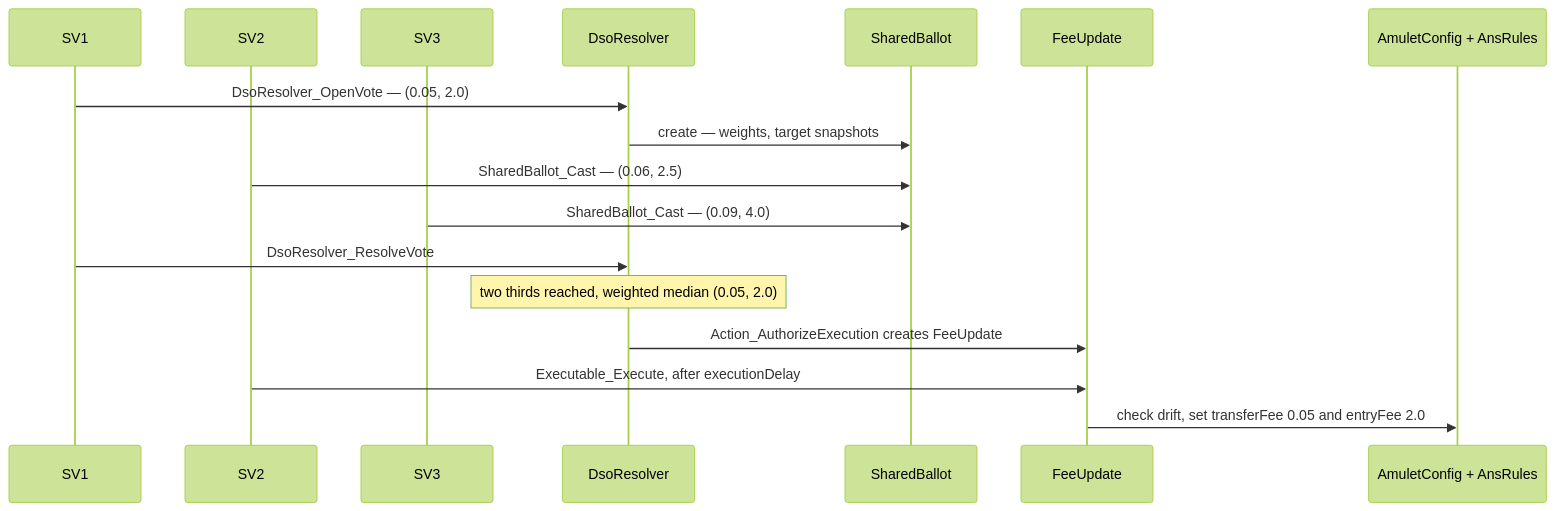
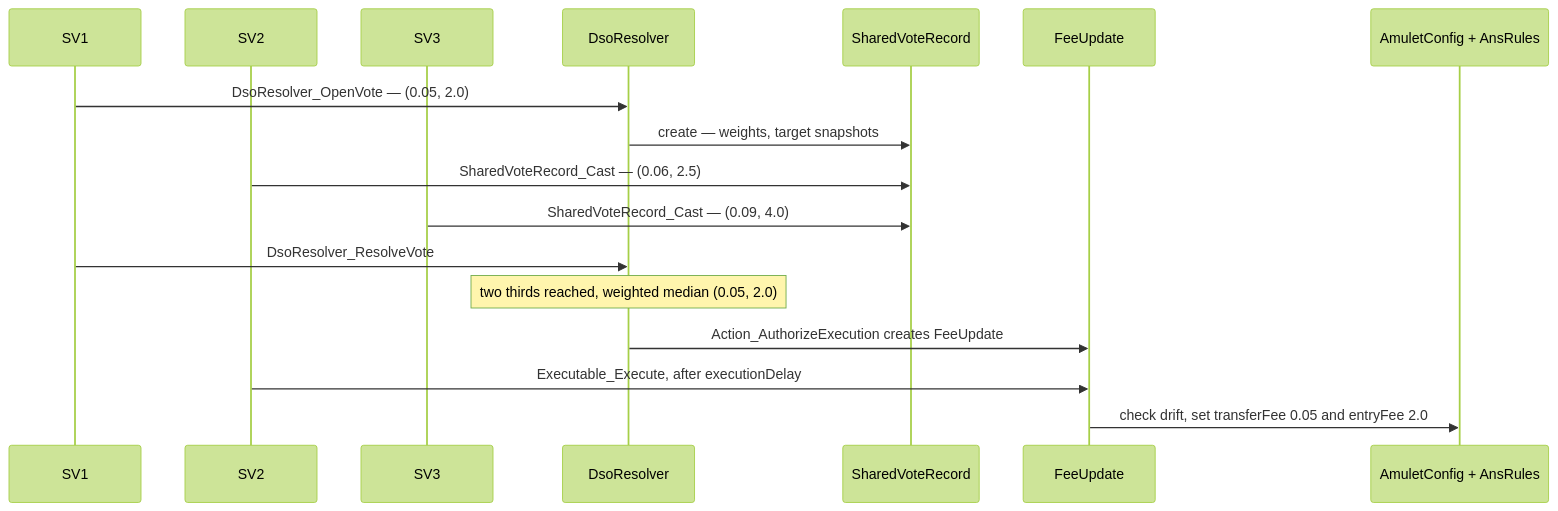
Before and after one commit to unlockitio/concordia: the first of 4 diagrams in examples/governance/DEMOS-happy.md, drawn with Mermaid (forest theme). The commit also changed other lines of this file and 28 other files, not shown here.

````diff
--- a/examples/governance/DEMOS-happy.md
+++ b/examples/governance/DEMOS-happy.md
@@ -40,20 +40,20 @@
 ```mermaid
 sequenceDiagram
     participant SV1
     participant SV2
     participant SV3
     participant R as DsoResolver
-    participant B as SharedBallot
+    participant B as SharedVoteRecord
     participant X as FeeUpdate
     participant T as AmuletConfig + AnsRules
 
     SV1->>R: DsoResolver_OpenVote — (0.05, 2.0)
     R->>B: create — weights, target snapshots
-    SV2->>B: SharedBallot_Cast — (0.06, 2.5)
-    SV3->>B: SharedBallot_Cast — (0.09, 4.0)
+    SV2->>B: SharedVoteRecord_Cast — (0.06, 2.5)
+    SV3->>B: SharedVoteRecord_Cast — (0.09, 4.0)
     SV1->>R: DsoResolver_ResolveVote
     Note over R: two thirds reached, weighted median (0.05, 2.0)
     R->>X: Action_AuthorizeExecution creates FeeUpdate
     SV2->>X: Executable_Execute, after executionDelay
     X->>T: check drift, set transferFee 0.05 and entryFee 2.0
 ```
````
